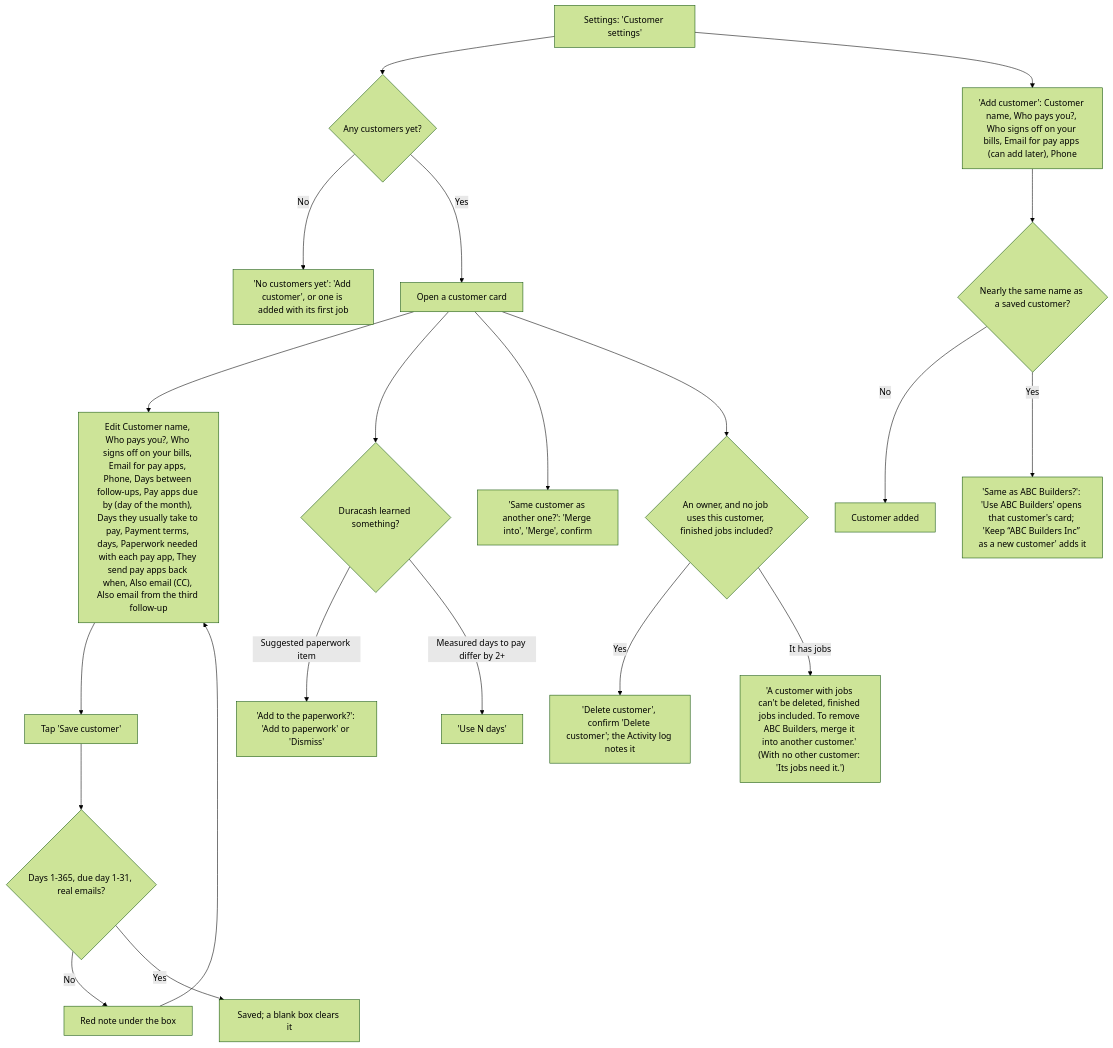
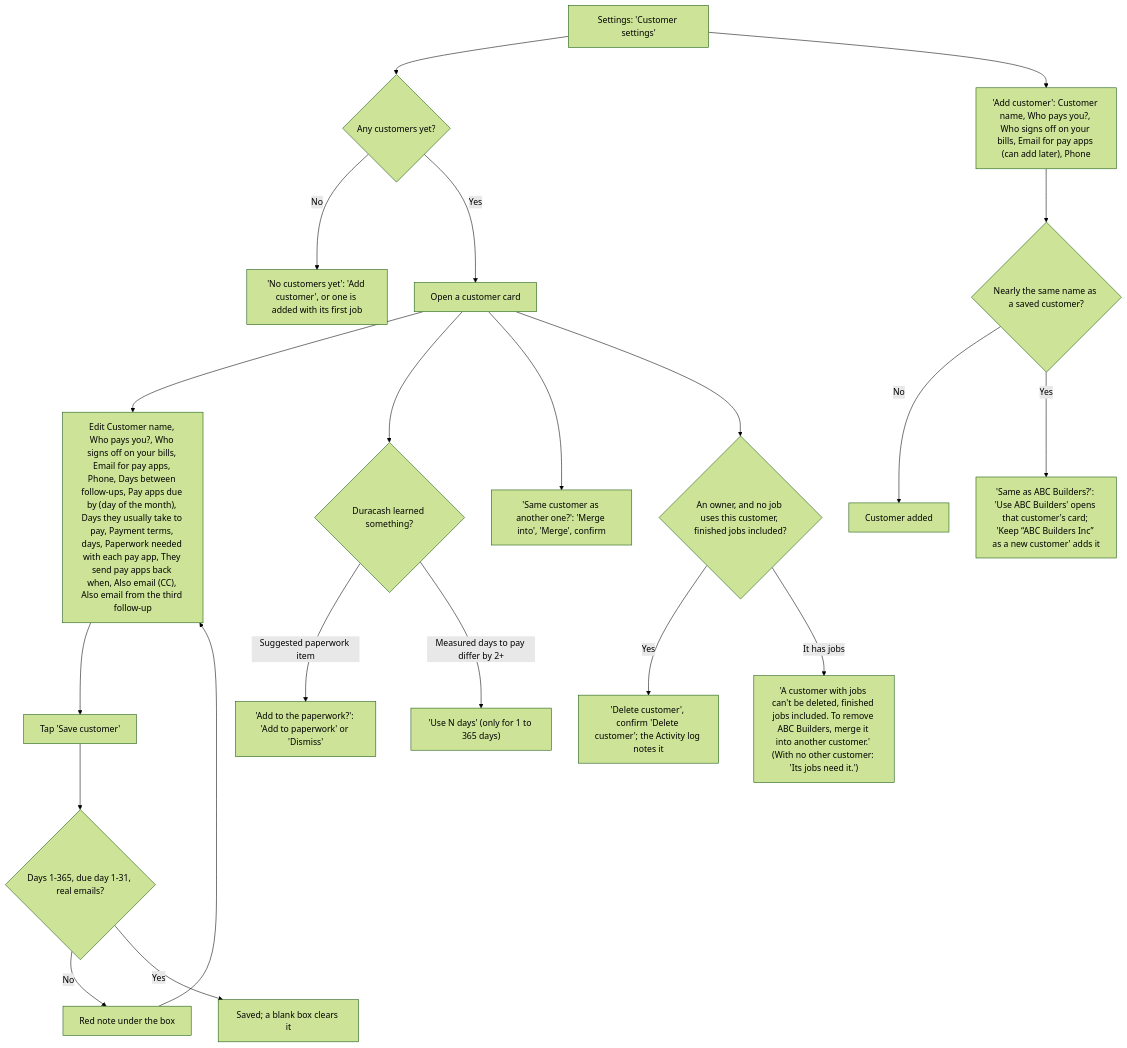
Before and after one commit to cartwrightstephen/billdable: diagram 15 of 15 in docs/client-flows.md, drawn with Mermaid (forest theme). The commit also changed other lines of this file and 12 other files, not shown here.

````diff
--- a/docs/client-flows.md
+++ b/docs/client-flows.md
@@ -536,23 +536,23 @@
 ```mermaid
 flowchart TD
     A["Settings: 'Customer settings'"] --> B{"Any customers yet?"}
     B -->|"No"| C["'No customers yet': 'Add customer', or one is added with its first job"]
     B -->|"Yes"| D["Open a customer card"]
     A --> AC["'Add customer': Customer name, Who pays you?, Who signs off on your bills, Email for pay apps (can add later), Phone"]
     AC --> AN{"Nearly the same name as a saved customer?"}
     AN -->|"No"| AD["Customer added"]
     AN -->|"Yes"| AQ["'Same as ABC Builders?': 'Use ABC Builders' opens that customer's card; 'Keep “ABC Builders Inc” as a new customer' adds it"]
     D --> E["Edit Customer name, Who pays you?, Who signs off on your bills, Email for pay apps, Phone, Days between follow-ups, Pay apps due by (day of the month), Days they usually take to pay, Payment terms, days, Paperwork needed with each pay app, They send pay apps back when, Also email (CC), Also email from the third follow-up"]
     E --> F["Tap 'Save customer'"]
     F --> G{"Days 1-365, due day 1-31, real emails?"}
     G -->|"No"| H["Red note under the box"]
     H --> E
     G -->|"Yes"| I["Saved; a blank box clears it"]
     D --> J{"Duracash learned something?"}
     J -->|"Suggested paperwork item"| K["'Add to the paperwork?': 'Add to paperwork' or 'Dismiss'"]
-    J -->|"Measured days to pay differ by 2+"| L["'Use N days'"]
+    J -->|"Measured days to pay differ by 2+"| L["'Use N days' (only for 1 to 365 days)"]
     D --> MG["'Same customer as another one?': 'Merge into', 'Merge', confirm"]
     D --> DL{"An owner, and no job uses this customer, finished jobs included?"}
     DL -->|"Yes"| DY["'Delete customer', confirm 'Delete customer'; the Activity log notes it"]
     DL -->|"It has jobs"| DN["'A customer with jobs can't be deleted, finished jobs included. To remove ABC Builders, merge it into another customer.' (With no other customer: 'Its jobs need it.')"]
 ```
````
